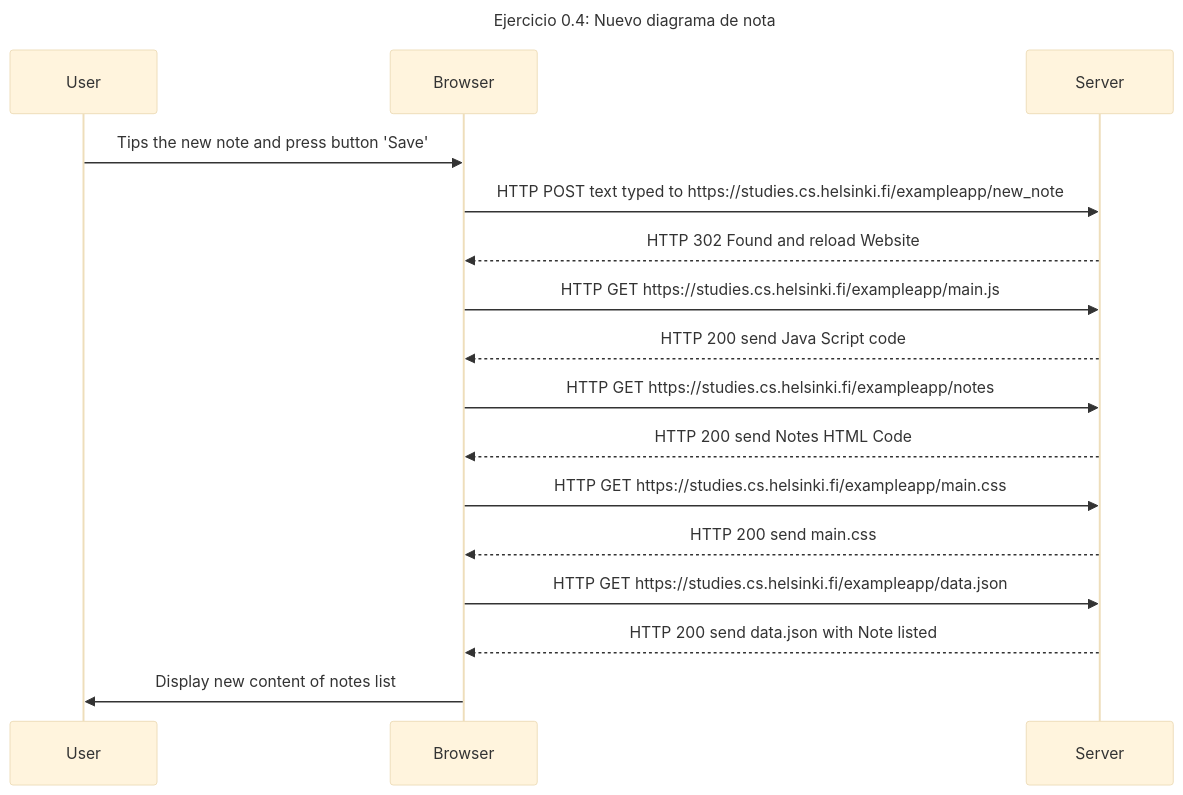
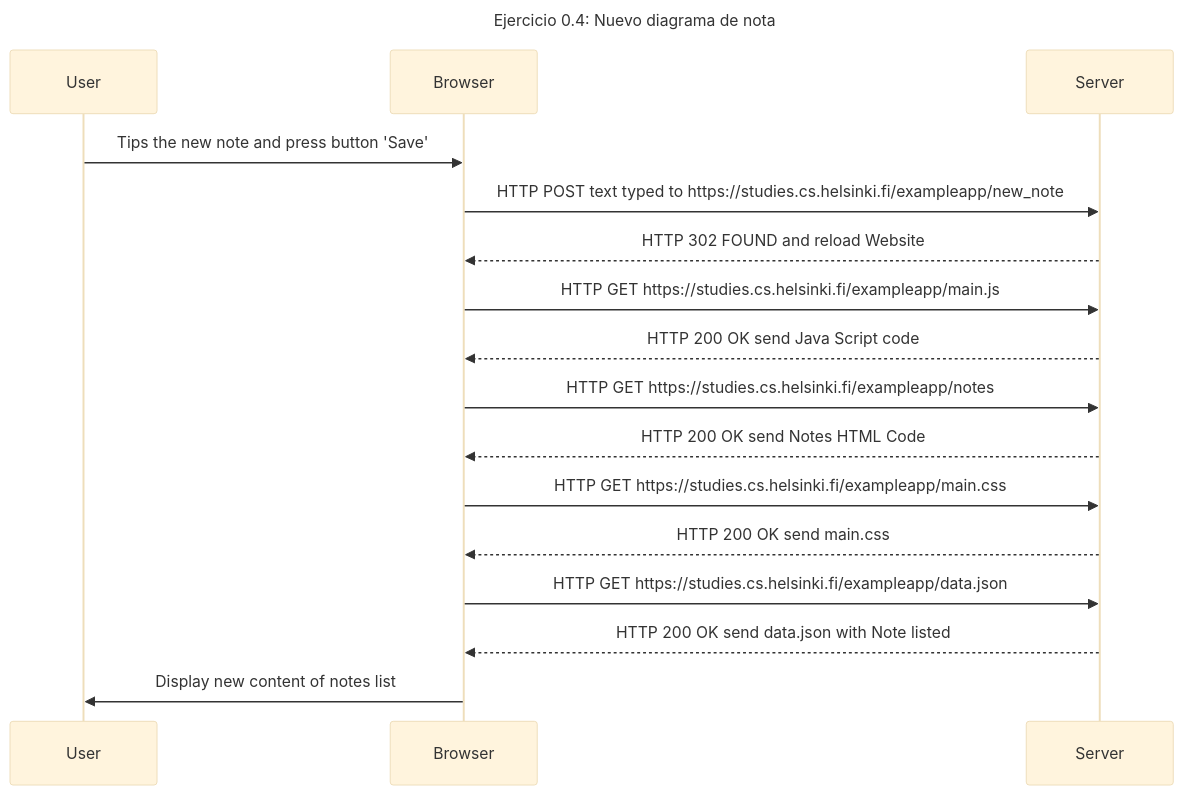
The diagram in part0/0.4.mermaid.md (HaTeRMaNCo/fullstack), drawn with Mermaid (base theme) before and after one commit. The commit also changed 2 other files, not shown here.

Commit message:
0.5 upload

````diff
--- a/part0/0.4.mermaid.md
+++ b/part0/0.4.mermaid.md
@@ -1,19 +1,19 @@
 ```mermaid
 sequenceDiagram
     title Ejercicio 0.4: Nuevo diagrama de nota
     participant User
     participant Browser
     participant Server
     User->>Browser: Tips the new note and press button 'Save'
     Browser->>Server: HTTP POST text typed to https://studies.cs.helsinki.fi/exampleapp/new_note
-    Server-->>Browser: HTTP 302 Found and reload Website
+    Server-->>Browser: HTTP 302 FOUND and reload Website
     Browser->>Server: HTTP GET https://studies.cs.helsinki.fi/exampleapp/main.js
-    Server-->>Browser: HTTP 200 send Java Script code
+    Server-->>Browser: HTTP 200 OK send Java Script code
     Browser->>Server: HTTP GET https://studies.cs.helsinki.fi/exampleapp/notes
-    Server-->>Browser: HTTP 200 send Notes HTML Code
+    Server-->>Browser: HTTP 200 OK send Notes HTML Code
     Browser->>Server: HTTP GET https://studies.cs.helsinki.fi/exampleapp/main.css
-    Server-->>Browser: HTTP 200 send main.css
+    Server-->>Browser: HTTP 200 OK send main.css
     Browser->>Server: HTTP GET https://studies.cs.helsinki.fi/exampleapp/data.json
-    Server-->>Browser: HTTP 200 send data.json with Note listed
+    Server-->>Browser: HTTP 200 OK send data.json with Note listed
     Browser->>User: Display new content of notes list
 ```
````
